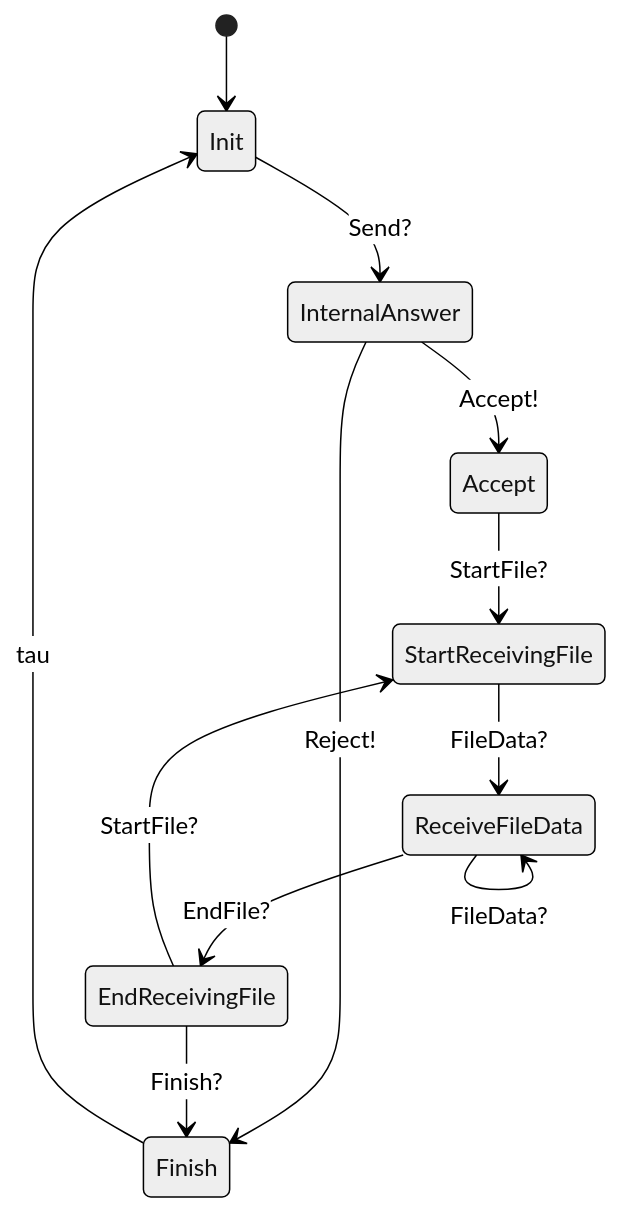
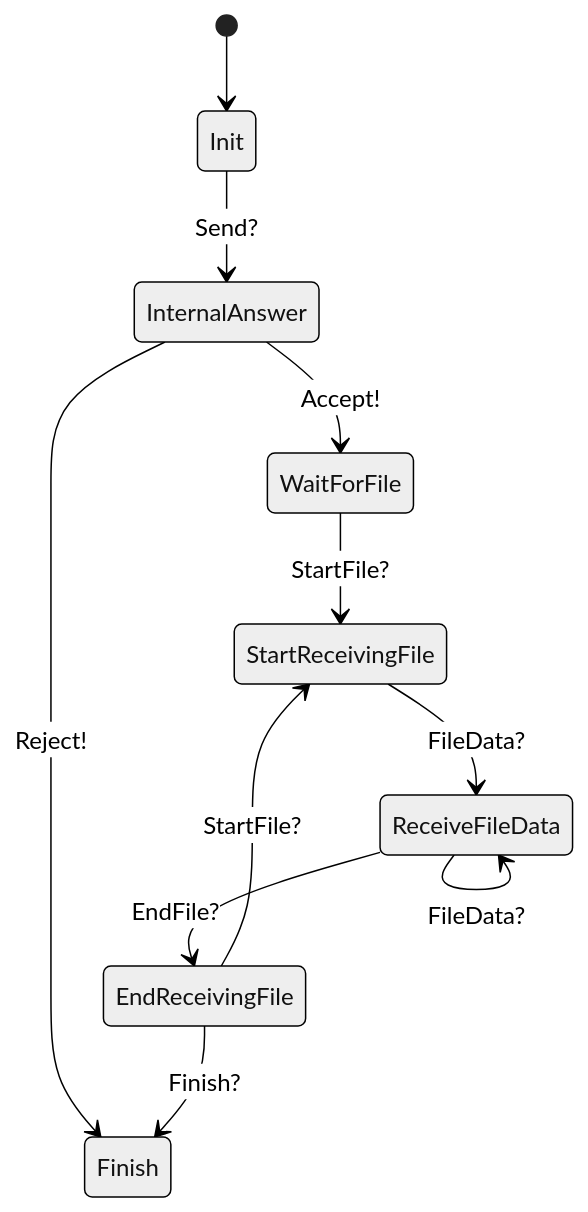
One commit to trinnguyen/sendfile-cli changed the first of 2 diagrams in README.md. Above: the diagram before and after it, drawn with Mermaid (neutral theme). The commit also changed other lines of this file and 20 other files, not shown here.

````diff
--- a/README.md
+++ b/README.md
@@ -22,14 +22,13 @@
 ```mermaid
 stateDiagram-v2
     [*] --> Init
     Init --> InternalAnswer: Send?
     InternalAnswer --> Finish: Reject!
-    InternalAnswer --> Accept: Accept!
-    Accept --> StartReceivingFile: StartFile?
+    InternalAnswer --> WaitForFile: Accept!
+    WaitForFile --> StartReceivingFile: StartFile?
     StartReceivingFile --> ReceiveFileData: FileData?
     ReceiveFileData --> ReceiveFileData: FileData?
     ReceiveFileData --> EndReceivingFile: EndFile?
     EndReceivingFile --> StartReceivingFile: StartFile?
     EndReceivingFile --> Finish: Finish?
-    Finish --> Init: tau
 ```
````
